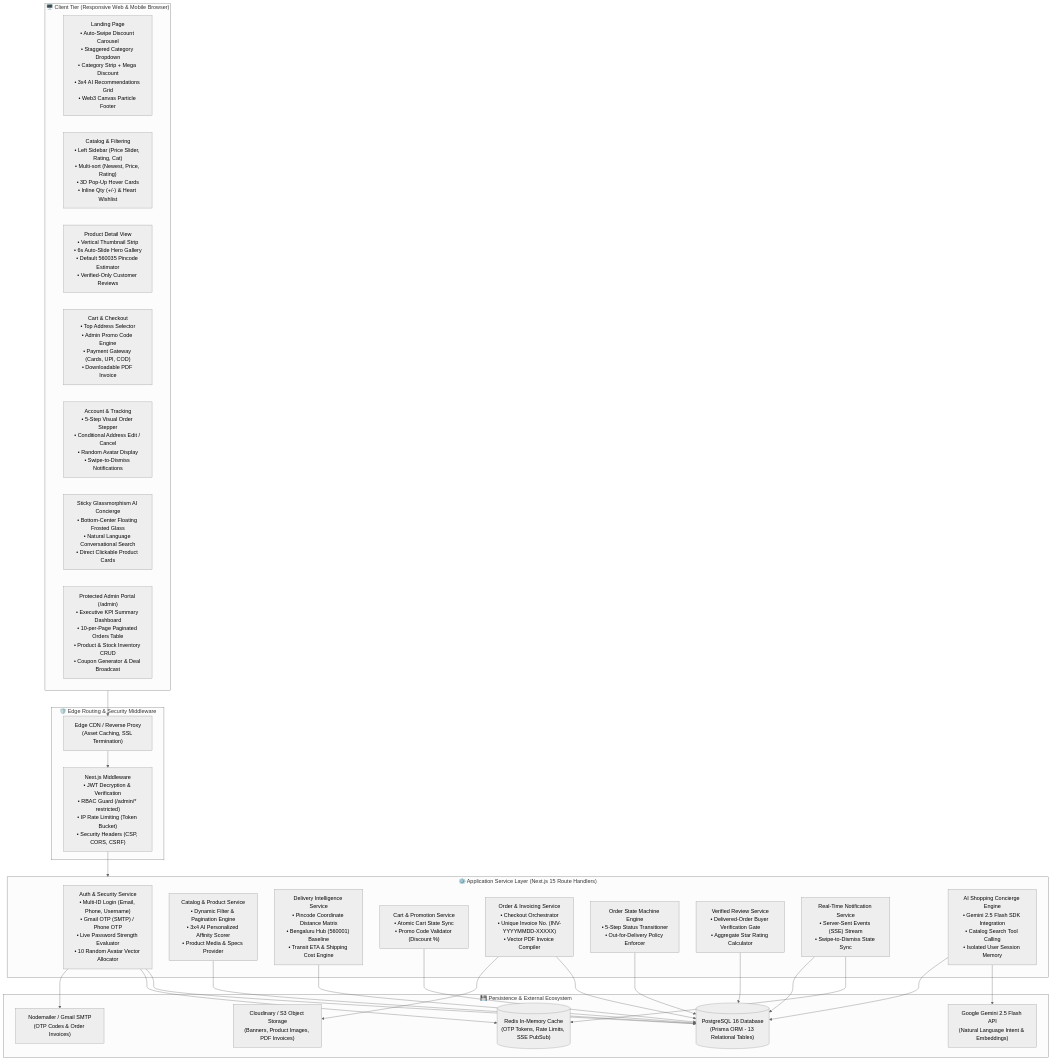
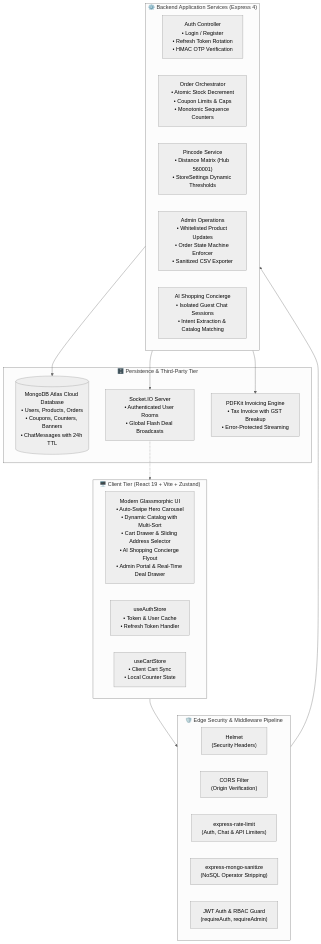
The first of 2 diagrams in ARCHITECTURE.md (Rahulbharvadiya/E-Shop-AI-Powered-Luxury-E-Commerce-Platform), drawn with Mermaid (neutral theme) before and after one commit. The commit also changed other lines of this file and 53 other files, not shown here.

````diff
--- a/ARCHITECTURE.md
+++ b/ARCHITECTURE.md
@@ -37,60 +29,37 @@
 ```mermaid
 flowchart TB
-    subgraph ClientTier ["🖥️ Client Tier (Responsive Web & Mobile Browser)"]
-        Landing["Landing Page<br/>• Auto-Swipe Discount Carousel<br/>• Staggered Category Dropdown<br/>• Category Strip + Mega Discount<br/>• 3x4 AI Recommendations Grid<br/>• Web3 Canvas Particle Footer"]
-        Catalog["Catalog & Filtering<br/>• Left Sidebar (Price Slider, Rating, Cat)<br/>• Multi-sort (Newest, Price, Rating)<br/>• 3D Pop-Up Hover Cards<br/>• Inline Qty (+/-) & Heart Wishlist"]
-        ProductDetail["Product Detail View<br/>• Vertical Thumbnail Strip<br/>• 6s Auto-Slide Hero Gallery<br/>• Default 560035 Pincode Estimator<br/>• Verified-Only Customer Reviews"]
-        CartCheckout["Cart & Checkout<br/>• Top Address Selector<br/>• Admin Promo Code Engine<br/>• Payment Gateway (Cards, UPI, COD)<br/>• Downloadable PDF Invoice"]
-        AccountTrack["Account & Tracking<br/>• 5-Step Visual Order Stepper<br/>• Conditional Address Edit / Cancel<br/>• Random Avatar Display<br/>• Swipe-to-Dismiss Notifications"]
-        StickyAI["Sticky Glassmorphism AI Concierge<br/>• Bottom-Center Floating Frosted Glass<br/>• Natural Language Conversational Search<br/>• Direct Clickable Product Cards"]
-        AdminPortal["Protected Admin Portal (/admin)<br/>• Executive KPI Summary Dashboard<br/>• 10-per-Page Paginated Orders Table<br/>• Product & Stock Inventory CRUD<br/>• Coupon Generator & Deal Broadcast"]
+    subgraph ClientTier ["🖥️ Client Tier (React 19 + Vite + Zustand)"]
+        UI["Modern Glassmorphic UI<br/>• Auto-Swipe Hero Carousel<br/>• Dynamic Catalog with Multi-Sort<br/>• Cart Drawer & Sliding Address Selector<br/>• AI Shopping Concierge Flyout<br/>• Admin Portal & Real-Time Deal Drawer"]
+        ZustandAuth["useAuthStore<br/>• Token & User Cache<br/>• Refresh Token Handler"]
+        ZustandCart["useCartStore<br/>• Client Cart Sync<br/>• Local Counter State"]
     end
 
-    subgraph EdgeRouting ["🛡️ Edge Routing & Security Middleware"]
-        CDN["Edge CDN / Reverse Proxy<br/>(Asset Caching, SSL Termination)"]
-        NextMW["Next.js Middleware<br/>• JWT Decryption & Verification<br/>• RBAC Guard (/admin/* restricted)<br/>• IP Rate Limiting (Token Bucket)<br/>• Security Headers (CSP, CORS, CSRF)"]
+    subgraph SecurityGateway ["🛡️ Edge Security & Middleware Pipeline"]
+        HelmetMW["Helmet<br/>(Security Headers)"]
+        CorsMW["CORS Filter<br/>(Origin Verification)"]
+        RateLimitMW["express-rate-limit<br/>(Auth, Chat & API Limiters)"]
+        MongoSanitizeMW["express-mongo-sanitize<br/>(NoSQL Operator Stripping)"]
+        JWTMiddleware["JWT Auth & RBAC Guard<br/>(requireAuth, requireAdmin)"]
     end
 
-    subgraph AppServices ["⚙️ Application Service Layer (Next.js 15 Route Handlers)"]
-        AuthSvc["Auth & Security Service<br/>• Multi-ID Login (Email, Phone, Username)<br/>• Gmail OTP (SMTP) / Phone OTP<br/>• Live Password Strength Evaluator<br/>• 10 Random Avatar Vector Allocator"]
-        CatalogSvc["Catalog & Product Service<br/>• Dynamic Filter & Pagination Engine<br/>• 3x4 AI Personalized Affinity Scorer<br/>• Product Media & Specs Provider"]
-        DeliverySvc["Delivery Intelligence Service<br/>• Pincode Coordinate Distance Matrix<br/>• Bengaluru Hub (560001) Baseline<br/>• Transit ETA & Shipping Cost Engine"]
-        CartCouponSvc["Cart & Promotion Service<br/>• Atomic Cart State Sync<br/>• Promo Code Validator (Discount %)"]
-        OrderInvoiceSvc["Order & Invoicing Service<br/>• Checkout Orchestrator<br/>• Unique Invoice No. (INV-YYYYMMDD-XXXXX)<br/>• Vector PDF Invoice Compiler"]
-        OrderStateSvc["Order State Machine Engine<br/>• 5-Step Status Transitioner<br/>• Out-for-Delivery Policy Enforcer"]
-        ReviewSvc["Verified Review Service<br/>• Delivered-Order Buyer Verification Gate<br/>• Aggregate Star Rating Calculator"]
-        NotifySvc["Real-Time Notification Service<br/>• Server-Sent Events (SSE) Stream<br/>• Swipe-to-Dismiss State Sync"]
-        AISvc["AI Shopping Concierge Engine<br/>• Gemini 2.5 Flash SDK Integration<br/>• Catalog Search Tool Calling<br/>• Isolated User Session Memory"]
+    subgraph AppServices ["⚙️ Backend Application Services (Express 4)"]
+        AuthService["Auth Controller<br/>• Login / Register<br/>• Refresh Token Rotation<br/>• HMAC OTP Verification"]
+        OrderService["Order Orchestrator<br/>• Atomic Stock Decrement<br/>• Coupon Limits & Caps<br/>• Monotonic Sequence Counters"]
+        DeliveryService["Pincode Service<br/>• Distance Matrix (Hub 560001)<br/>• StoreSettings Dynamic Thresholds"]
+        AdminService["Admin Operations<br/>• Whitelisted Product Updates<br/>• Order State Machine Enforcer<br/>• Sanitized CSV Exporter"]
+        AIService["AI Shopping Concierge<br/>• Isolated Guest Chat Sessions<br/>• Intent Extraction & Catalog Matching"]
     end
 
-    subgraph DataExternalTier ["💾 Persistence & External Ecosystem"]
-        PostgresDB[("PostgreSQL 16 Database<br/>(Prisma ORM - 13 Relational Tables)")]
-        RedisCache[("Redis In-Memory Cache<br/>(OTP Tokens, Rate Limits, SSE PubSub)")]
-        GeminiCloud["Google Gemini 2.5 Flash API<br/>(Natural Language Intent & Embeddings)"]
-        EmailSMTP["Nodemailer / Gmail SMTP<br/>(OTP Codes & Order Invoices)"]
-        CloudStorage["Cloudinary / S3 Object Storage<br/>(Banners, Product Images, PDF Invoices)"]
+    subgraph PersistenceTier ["🗄️ Persistence & Third-Party Tier"]
+        MongoDB[("MongoDB Atlas Cloud Database<br/>• Users, Products, Orders<br/>• Coupons, Counters, Banners<br/>• ChatMessages with 24h TTL")]
+        SocketServer["Socket.IO Server<br/>• Authenticated User Rooms<br/>• Global Flash Deal Broadcasts"]
+        PDFCompiler["PDFKit Invoicing Engine<br/>• Tax Invoice with GST Breakup<br/>• Error-Protected Streaming"]
     end
 
-    ClientTier --> CDN
-    CDN --> NextMW
-    NextMW --> AppServices
-    
-    AuthSvc --> PostgresDB
-    AuthSvc --> RedisCache
-    AuthSvc --> EmailSMTP
-
-    CatalogSvc --> PostgresDB
-    DeliverySvc --> PostgresDB
-
-    CartCouponSvc --> PostgresDB
-    OrderInvoiceSvc --> PostgresDB
-    OrderInvoiceSvc --> CloudStorage
-    OrderStateSvc --> PostgresDB
-
-    ReviewSvc --> PostgresDB
-    NotifySvc --> RedisCache
-    NotifySvc --> PostgresDB
-
-    AISvc --> GeminiCloud
-    AISvc --> PostgresDB
+    ClientTier --> SecurityGateway
+    SecurityGateway --> AppServices
+    AppServices --> MongoDB
+    AppServices --> SocketServer
+    AppServices --> PDFCompiler
+    SocketServer -.-> ClientTier
 ```
````
